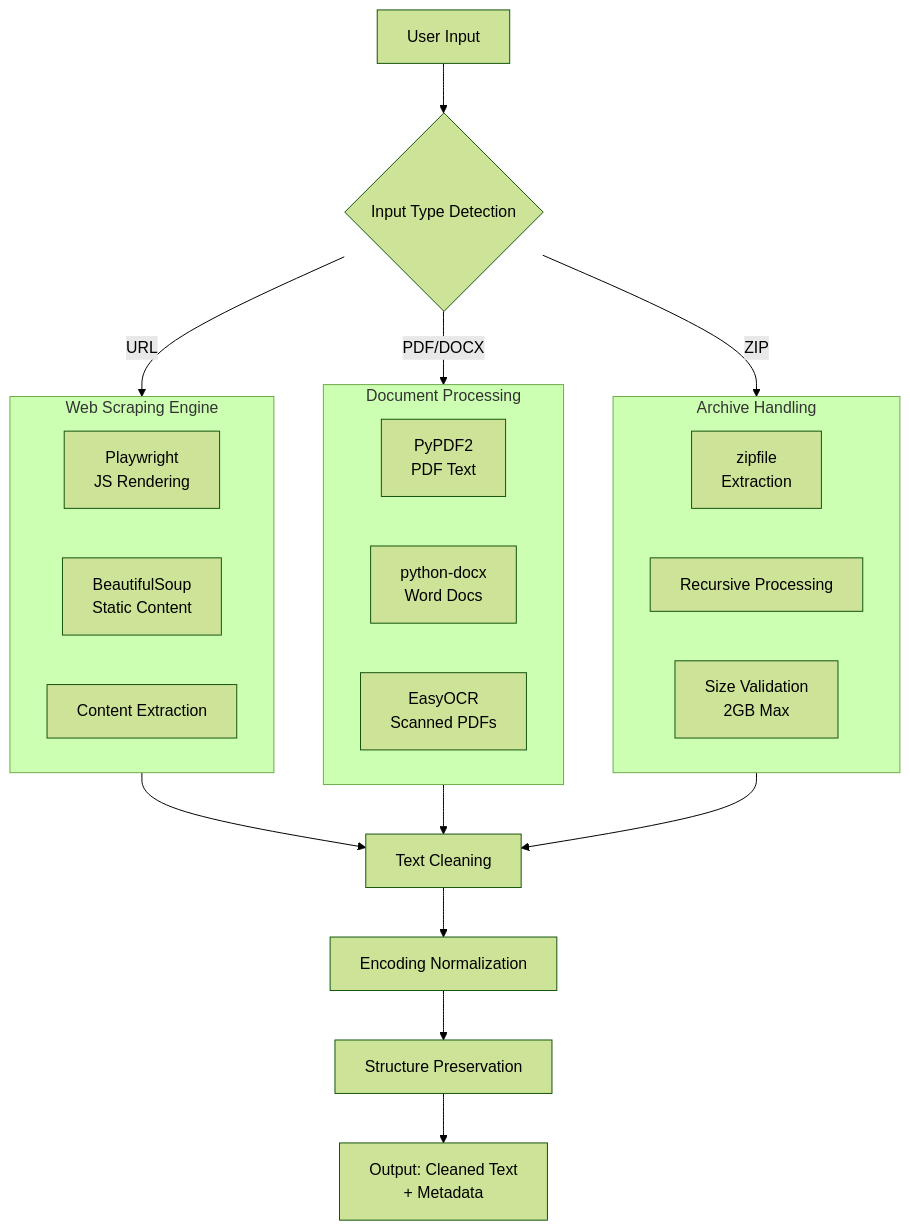
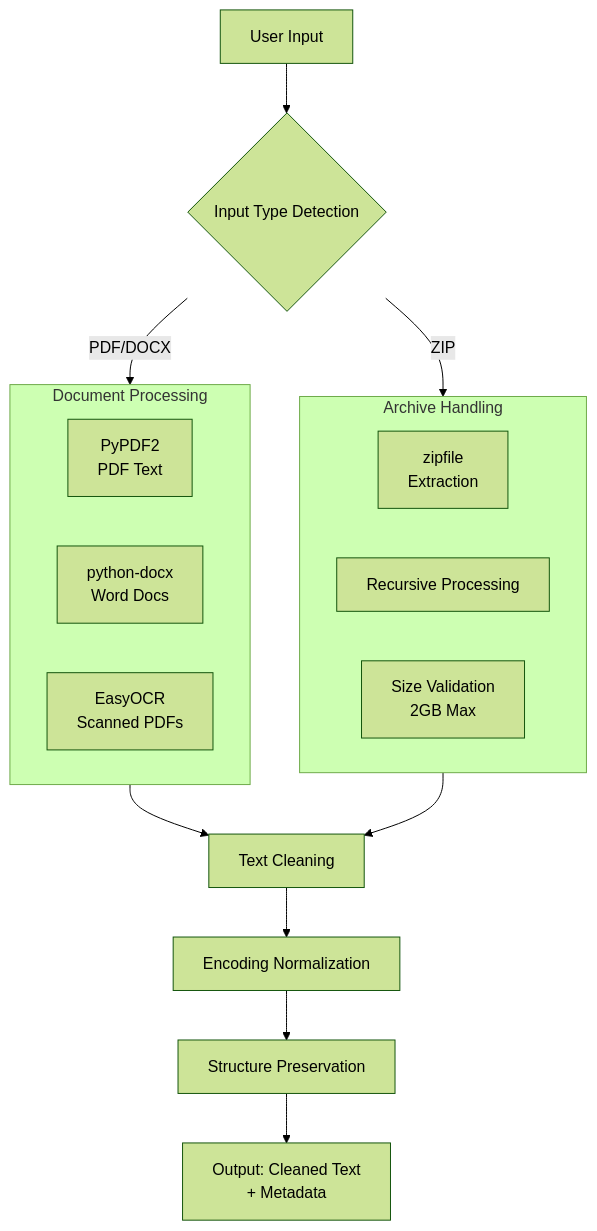
One commit to satyaki-mitra/docu-vault-ai changed the second of 12 diagrams in docs/ARCHITECTURE.md. Above: the diagram before and after it, drawn with Mermaid (forest theme). The commit also changed other lines of this file and 1 other file, not shown here.

````diff
--- a/docs/ARCHITECTURE.md
+++ b/docs/ARCHITECTURE.md
@@ -66,34 +69,26 @@
 ```mermaid
 flowchart TD
     A[User Input] --> B{Input Type Detection}
     
-    B -->|URL| C[Web Scraper]
     B -->|PDF/DOCX| D[Document Parser]
     B -->|ZIP| E[Archive Extractor]
-    
-    subgraph C [Web Scraping Engine]
-        C1[Playwright<br/>JS Rendering]
-        C2[BeautifulSoup<br/>Static Content]
-        C3[Content Extraction]
-    end
     
     subgraph D [Document Processing]
         D1[PyPDF2<br/>PDF Text]
         D2[python-docx<br/>Word Docs]
         D3[EasyOCR<br/>Scanned PDFs]
     end
     
     subgraph E [Archive Handling]
         E1[zipfile<br/>Extraction]
         E2[Recursive Processing]
         E3[Size Validation<br/>2GB Max]
     end
     
-    C --> F[Text Cleaning]
-    D --> F
+    D --> F[Text Cleaning]
     E --> F
     
     F --> G[Encoding Normalization]
     G --> H[Structure Preservation]
     H --> I[Output: Cleaned Text<br/>+ Metadata]
 ```
````
